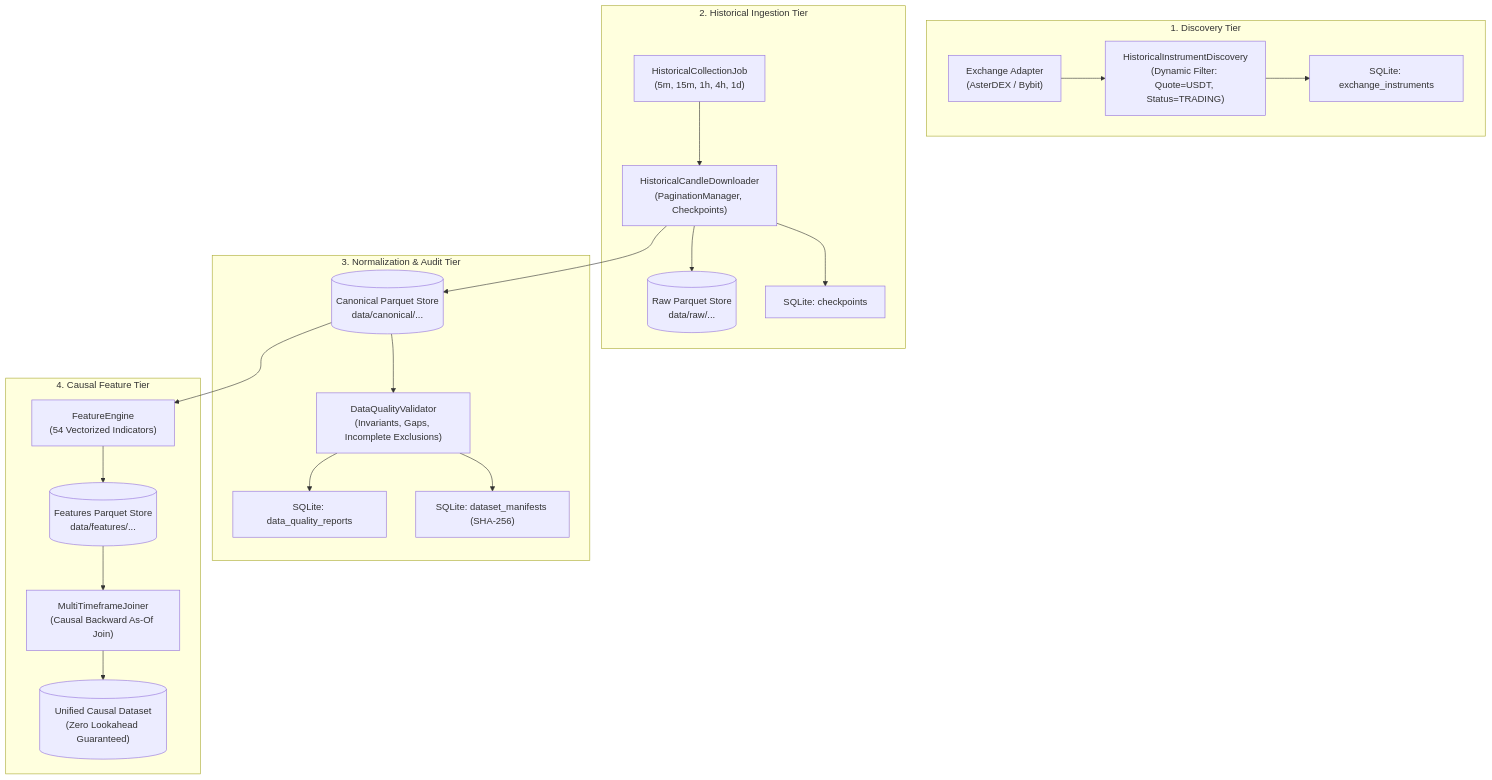
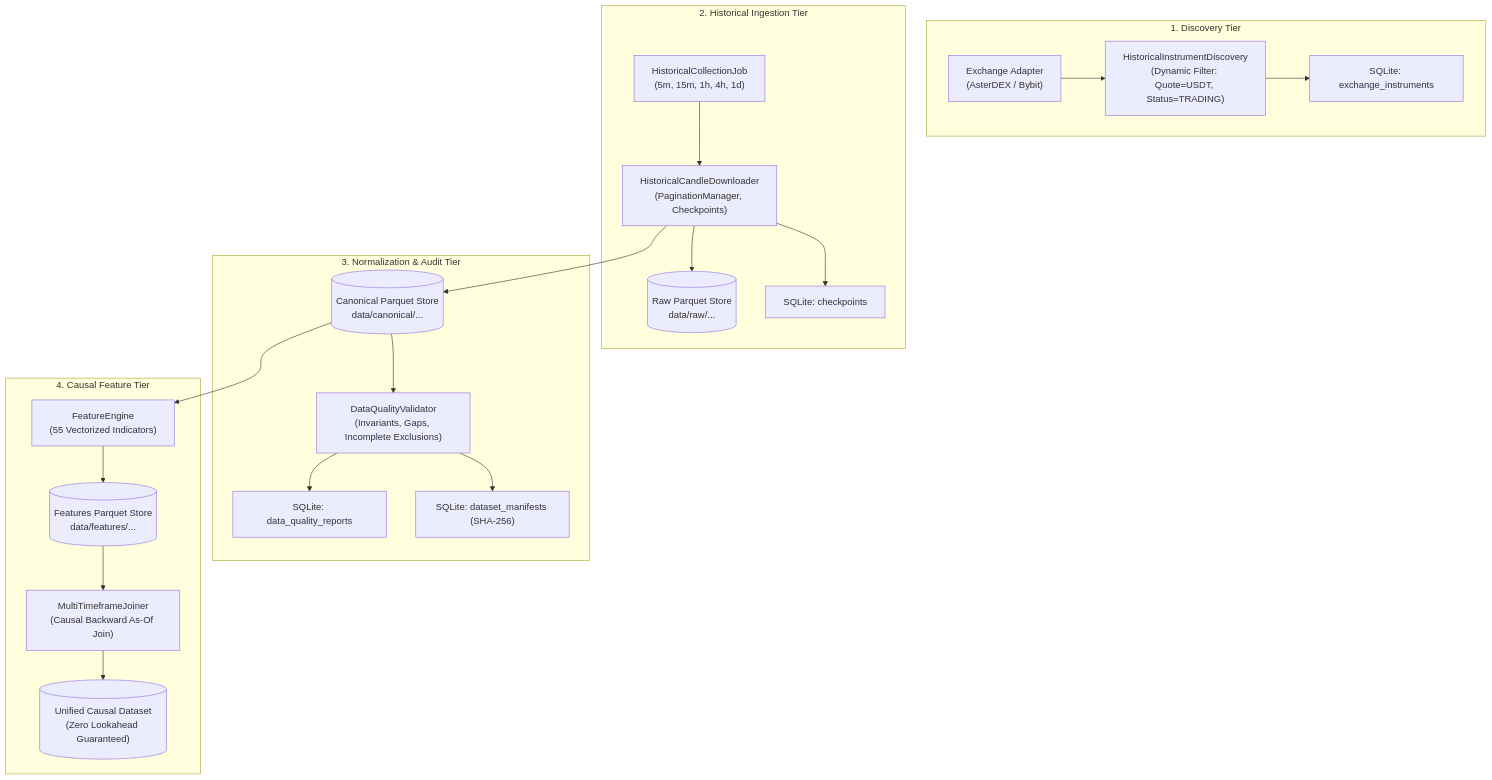
One commit to RAYDENFLY/quantum-multi-agent changed the diagram in docs/PHASE_4_DELIVERY_REPORT.md. Above: the diagram before and after it, drawn with Mermaid. The commit also changed other lines of this file and 8 other files, not shown here.

````diff
--- a/docs/PHASE_4_DELIVERY_REPORT.md
+++ b/docs/PHASE_4_DELIVERY_REPORT.md
@@ -20,27 +20,27 @@
 ```mermaid
 flowchart TD
     subgraph Discovery["1. Discovery Tier"]
         ADAPTER["Exchange Adapter<br/>(AsterDEX / Bybit)"] --> DISCOVERY["HistoricalInstrumentDiscovery<br/>(Dynamic Filter: Quote=USDT, Status=TRADING)"]
         DISCOVERY --> SQL_INST["SQLite: exchange_instruments"]
     end
 
     subgraph Collection["2. Historical Ingestion Tier"]
         JOB["HistoricalCollectionJob<br/>(5m, 15m, 1h, 4h, 1d)"] --> DOWN["HistoricalCandleDownloader<br/>(PaginationManager, Checkpoints)"]
         DOWN --> RAW_PQ[("Raw Parquet Store<br/>data/raw/...")]
         DOWN --> CHK_SQL["SQLite: checkpoints"]
     end
 
     subgraph Canonical["3. Normalization & Audit Tier"]
         DOWN --> CANON_PQ[("Canonical Parquet Store<br/>data/canonical/...")]
         CANON_PQ --> VAL["DataQualityValidator<br/>(Invariants, Gaps, Incomplete Exclusions)"]
         VAL --> DQR_SQL["SQLite: data_quality_reports"]
         VAL --> MAN_SQL["SQLite: dataset_manifests (SHA-256)"]
     end
 
     subgraph Features["4. Causal Feature Tier"]
-        CANON_PQ --> ENG["FeatureEngine<br/>(54 Vectorized Indicators)"]
+        CANON_PQ --> ENG["FeatureEngine<br/>(55 Vectorized Indicators)"]
         ENG --> FEAT_PQ[("Features Parquet Store<br/>data/features/...")]
         FEAT_PQ --> MTF["MultiTimeframeJoiner<br/>(Causal Backward As-Of Join)"]
         MTF --> UNIFIED[("Unified Causal Dataset<br/>(Zero Lookahead Guaranteed)")]
     end
 ```
````
